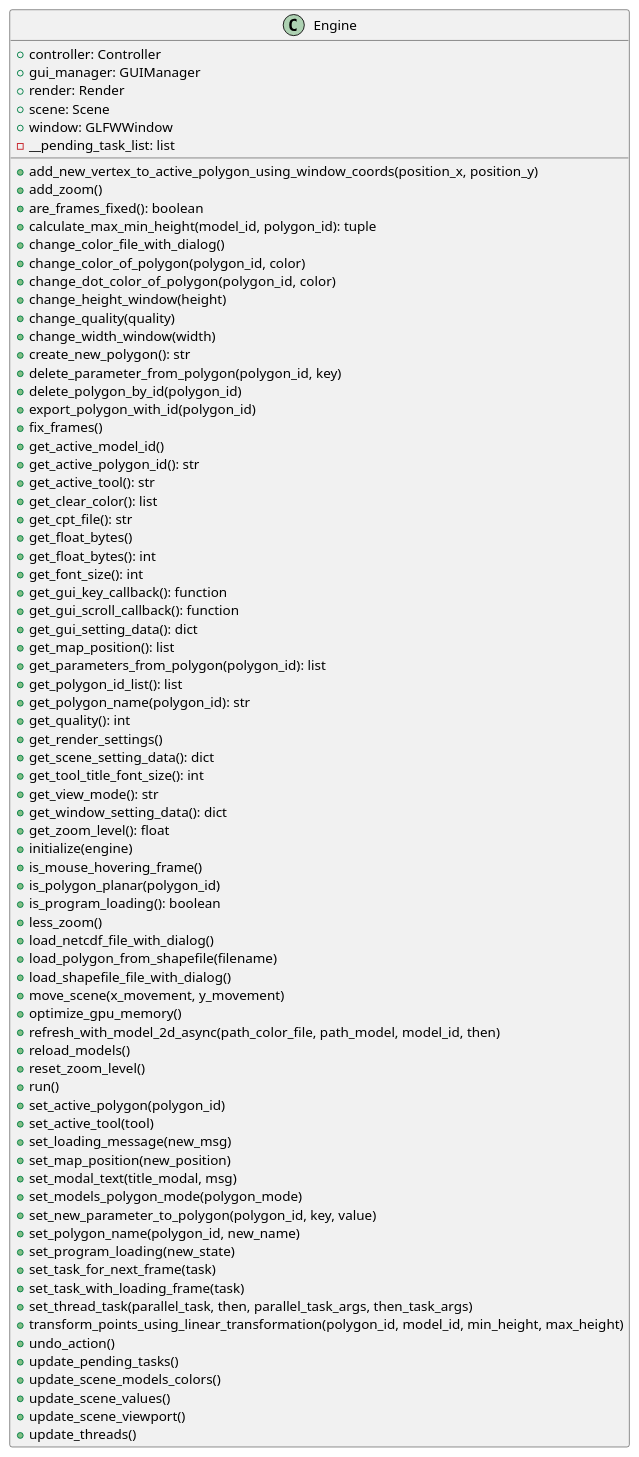
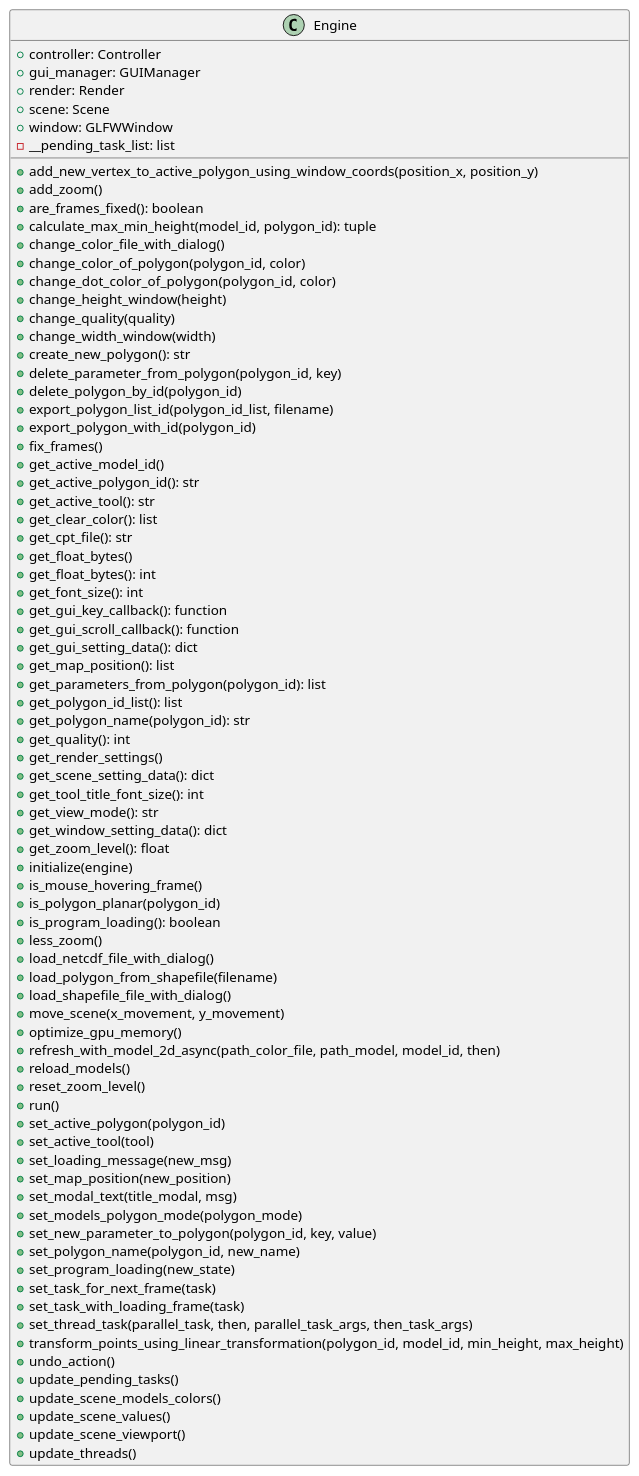
One commit to ferpoble2/Relief_Creator changed the diagram in docs/classes/Engine.puml. Above: the diagram before and after it, drawn with PlantUML. The commit also changed 6 other files, not shown here.

```diff
--- a/docs/classes/Engine.puml
+++ b/docs/classes/Engine.puml
@@ -1,81 +1,82 @@
 @startuml
 class Engine {
     + controller: Controller
     + gui_manager: GUIManager
     + render: Render
     + scene: Scene
     + window: GLFWWindow
     - __pending_task_list: list
     + add_new_vertex_to_active_polygon_using_window_coords(position_x, position_y)
     + add_zoom()
     + are_frames_fixed(): boolean
     + calculate_max_min_height(model_id, polygon_id): tuple
     + change_color_file_with_dialog()
     + change_color_of_polygon(polygon_id, color)
     + change_dot_color_of_polygon(polygon_id,  color)
     + change_height_window(height)
     + change_quality(quality)
     + change_width_window(width)
     + create_new_polygon(): str
     + delete_parameter_from_polygon(polygon_id, key)
     + delete_polygon_by_id(polygon_id)
+    + export_polygon_list_id(polygon_id_list, filename)
     + export_polygon_with_id(polygon_id)
     + fix_frames()
     + get_active_model_id()
     + get_active_polygon_id(): str
     + get_active_tool(): str
     + get_clear_color(): list
     + get_cpt_file(): str
     + get_float_bytes()
     + get_float_bytes(): int
     + get_font_size(): int
     + get_gui_key_callback(): function
     + get_gui_scroll_callback(): function
     + get_gui_setting_data(): dict
     + get_map_position(): list
     + get_parameters_from_polygon(polygon_id): list
     + get_polygon_id_list(): list
     + get_polygon_name(polygon_id): str
     + get_quality(): int
     + get_render_settings()
     + get_scene_setting_data(): dict
     + get_tool_title_font_size(): int
     + get_view_mode(): str
     + get_window_setting_data(): dict
     + get_zoom_level(): float
     + initialize(engine)
     + is_mouse_hovering_frame()
     + is_polygon_planar(polygon_id)
     + is_program_loading(): boolean
     + less_zoom()
     + load_netcdf_file_with_dialog()
     + load_polygon_from_shapefile(filename)
     + load_shapefile_file_with_dialog()
     + move_scene(x_movement, y_movement)
     + optimize_gpu_memory()
     + refresh_with_model_2d_async(path_color_file, path_model, model_id, then)
     + reload_models()
     + reset_zoom_level()
     + run()
     + set_active_polygon(polygon_id)
     + set_active_tool(tool)
     + set_loading_message(new_msg)
     + set_map_position(new_position)
     + set_modal_text(title_modal, msg)
     + set_models_polygon_mode(polygon_mode)
     + set_new_parameter_to_polygon(polygon_id, key, value)
     + set_polygon_name(polygon_id, new_name)
     + set_program_loading(new_state)
     + set_task_for_next_frame(task)
     + set_task_with_loading_frame(task)
     + set_thread_task(parallel_task, then, parallel_task_args, then_task_args)
     + transform_points_using_linear_transformation(polygon_id, model_id, min_height, max_height)
     + undo_action()
     + update_pending_tasks()
     + update_scene_models_colors()
     + update_scene_values()
     + update_scene_viewport()
     + update_threads()
 }
 
 @enduml
```
